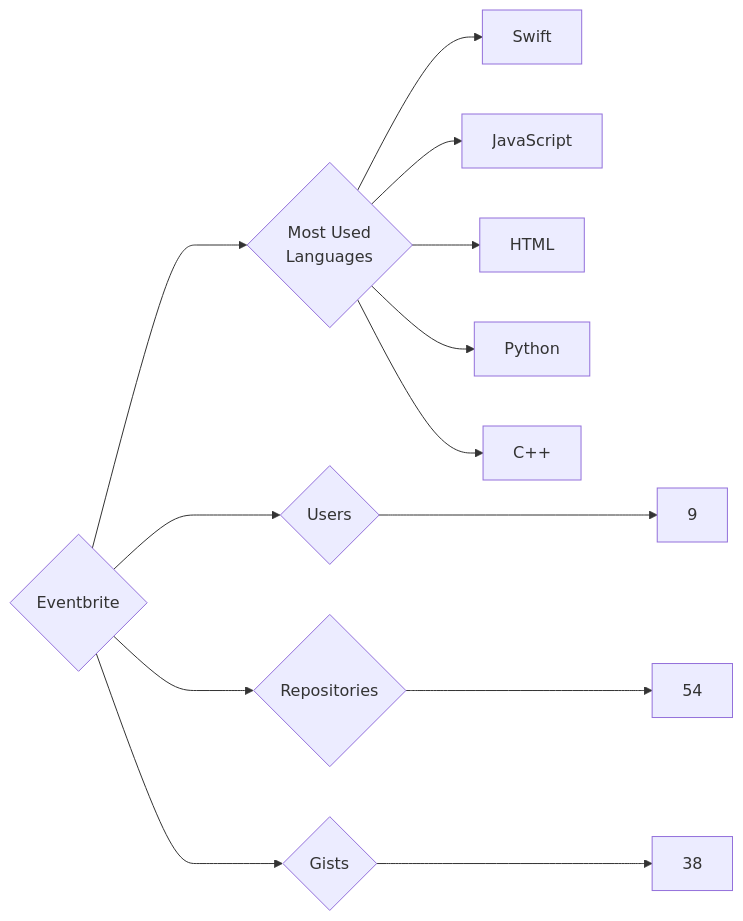
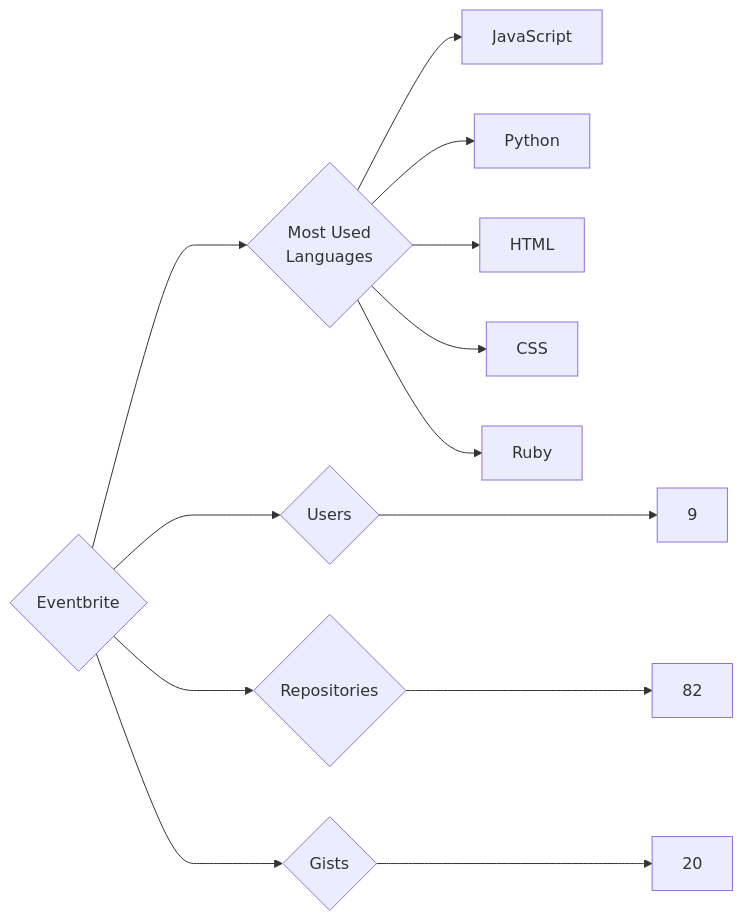
The diagram in targets/Eventbrite/README.md (trickest/insiders), drawn with Mermaid before and after one commit. The commit also changed 657 other files, not shown here.

````diff
--- a/targets/Eventbrite/README.md
+++ b/targets/Eventbrite/README.md
@@ -3,13 +3,13 @@
 ```mermaid
 graph LR
 COMPANY_NAME{Eventbrite}
 COMPANY_NAME ---> U{Users} ---> UN[9]
-COMPANY_NAME ---> R{Repositories} ---> RN[54]
-COMPANY_NAME ---> G{Gists} ---> GN[38]
+COMPANY_NAME ---> R{Repositories} ---> RN[82]
+COMPANY_NAME ---> G{Gists} ---> GN[20]
 COMPANY_NAME ---> ML{Most Used<br>Languages}
-ML --> Swift[Swift]
 ML --> JavaScript[JavaScript]
+ML --> Python[Python]
 ML --> HTML[HTML]
-ML --> Python[Python]
-ML --> C++[C++]
+ML --> CSS[CSS]
+ML --> Ruby[Ruby]
 ```
````
